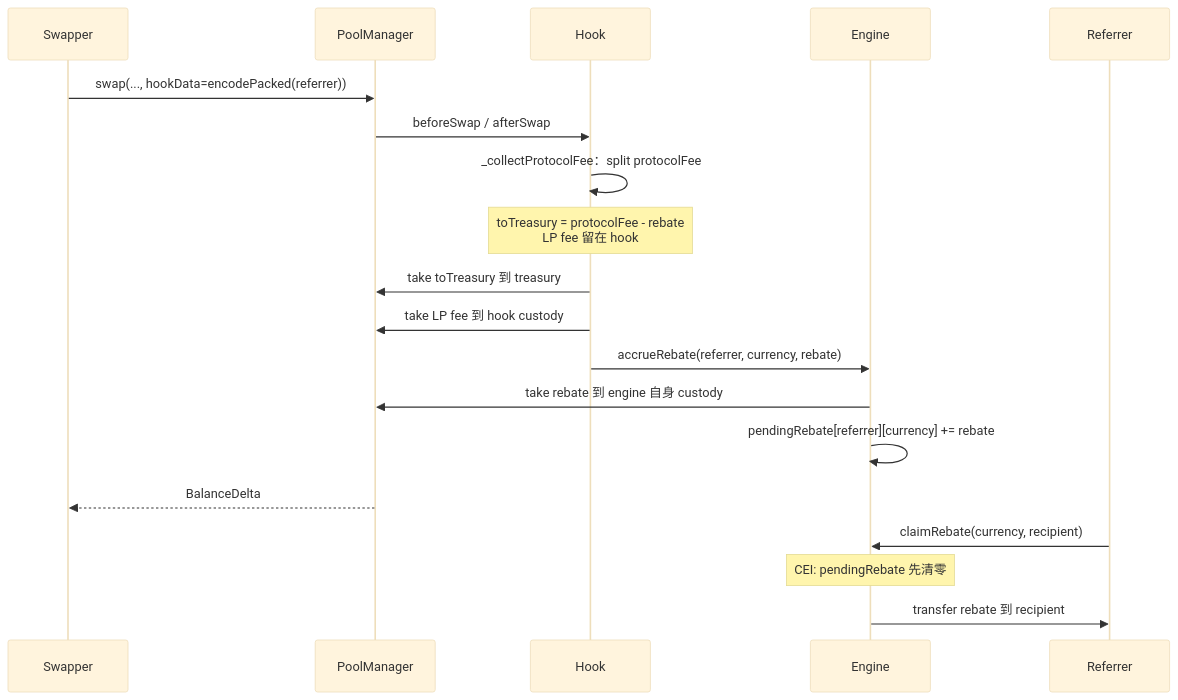
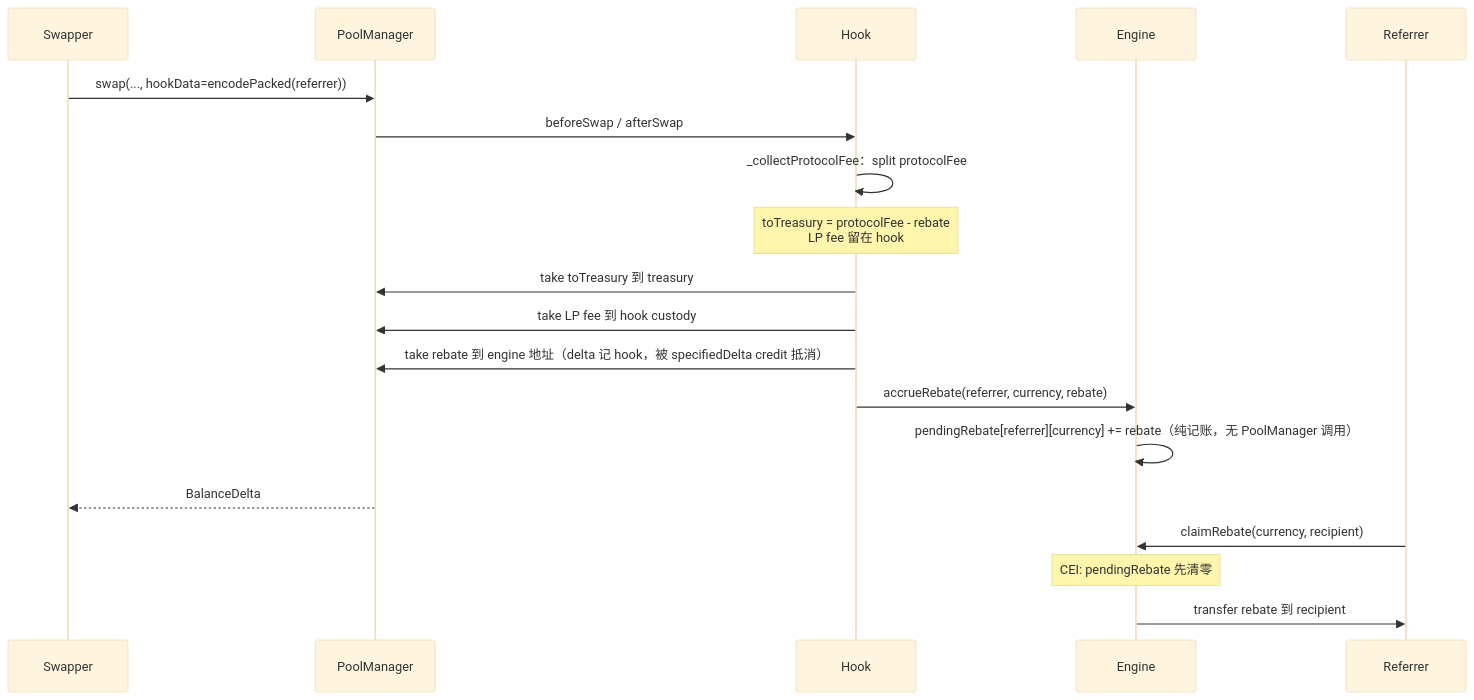
The second of 8 diagrams in docs/spec/swap/swap-flow.md (OutrunBuild/MemeverseV2), drawn with Mermaid (base theme) before and after one commit. The commit also changed 7 other files, not shown here.

First line of the commit message:
docs: align rebate docs with hook-take settlement (engine ledger-only)

````diff
--- a/docs/spec/swap/swap-flow.md
+++ b/docs/spec/swap/swap-flow.md
@@ -40,23 +40,23 @@
 ```mermaid
 sequenceDiagram
     participant S as Swapper
     participant PM as PoolManager
     participant H as Hook
     participant E as Engine
     participant R as Referrer
 
     S->>PM: swap(..., hookData=encodePacked(referrer))
     PM->>H: beforeSwap / afterSwap
     H->>H: _collectProtocolFee：split protocolFee
     Note over H: toTreasury = protocolFee - rebate<br/>LP fee 留在 hook
     H->>PM: take toTreasury 到 treasury
     H->>PM: take LP fee 到 hook custody
+    H->>PM: take rebate 到 engine 地址（delta 记 hook，被 specifiedDelta credit 抵消）
     H->>E: accrueRebate(referrer, currency, rebate)
-    E->>PM: take rebate 到 engine 自身 custody
-    E->>E: pendingRebate[referrer][currency] += rebate
+    E->>E: pendingRebate[referrer][currency] += rebate（纯记账，无 PoolManager 调用）
     PM-->>S: BalanceDelta
 
     R->>E: claimRebate(currency, recipient)
     Note over E: CEI: pendingRebate 先清零
     E->>R: transfer rebate 到 recipient
 ```
````
